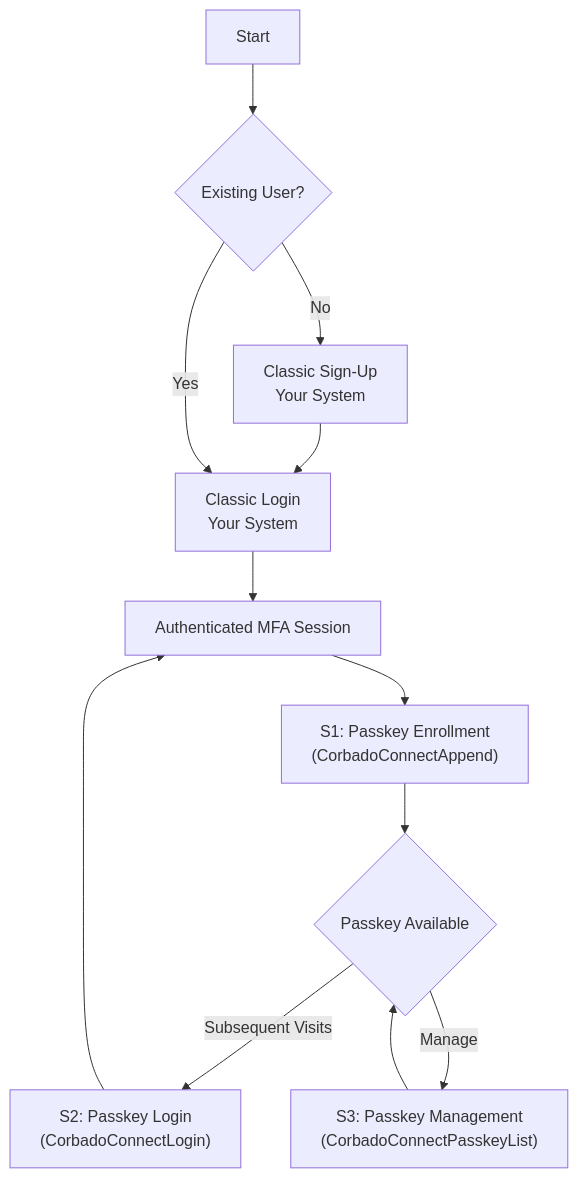
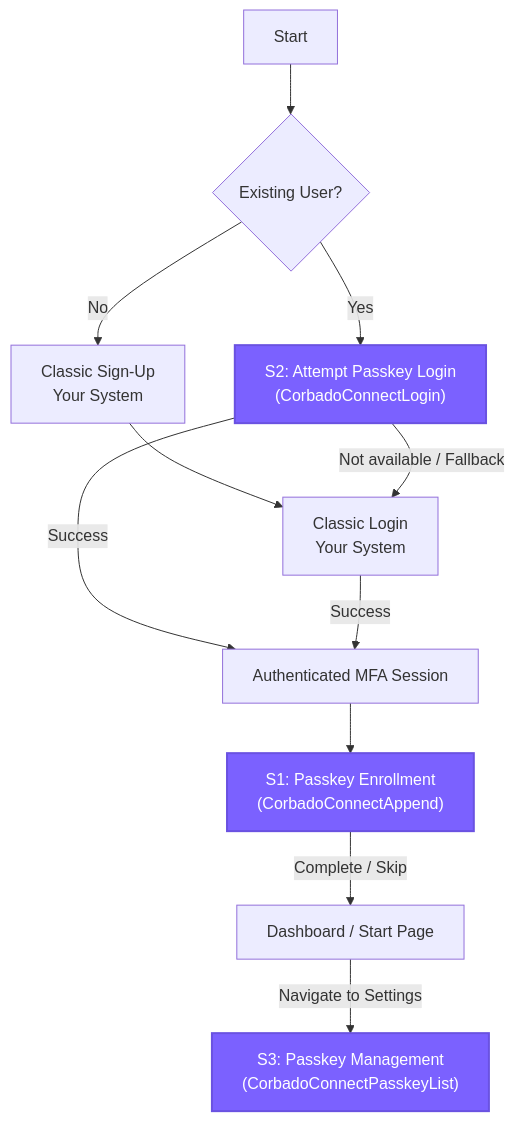
The first of 5 diagrams in corbado-connect/integration/generic.mdx (corbadotech/docs), drawn with Mermaid before and after one commit. The commit also changed other lines of this file, not shown here.

Commit message:
optimize corbado connect docs 4

````diff
--- a/corbado-connect/integration/generic.mdx
+++ b/corbado-connect/integration/generic.mdx
@@ -29,14 +31,16 @@
 ```mermaid
 graph TD
     A[Start] --> B{Existing User?};
     B -- No --> C[Classic Sign-Up<br/>Your System];
     C --> D[Classic Login<br/>Your System];
-    B -- Yes --> D;
-    D --> E[Authenticated MFA Session];
-    E --> F["S1: Passkey Enrollment<br/>(CorbadoConnectAppend)"];
-    F --> G{Passkey Available};
-    G -- Subsequent Visits --> H["S2: Passkey Login<br/>(CorbadoConnectLogin)"];
-    H --> E;
-    G -- Manage --> I["S3: Passkey Management<br/>(CorbadoConnectPasskeyList)"];
-    I --> G;
+    B -- Yes --> H["S2: Attempt Passkey Login<br/>(CorbadoConnectLogin)"];
+    H -- Success --> AuthSession["Authenticated MFA Session"];
+    H -- Not available / Fallback --> D;
+    D -- Success --> AuthSession;
+    AuthSession --> F["S1: Passkey Enrollment<br/>(CorbadoConnectAppend)"];
+    F -- "Complete / Skip" --> Dashboard["Dashboard / Start Page"];
+    Dashboard -- "Navigate to Settings" --> I["S3: Passkey Management<br/>(CorbadoConnectPasskeyList)"];
+
+    classDef corbadoStep fill:#7B61FF,color:#fff,stroke:#6A52E1,stroke-width:2px
+    class H,F,I corbadoStep
 ```
````
